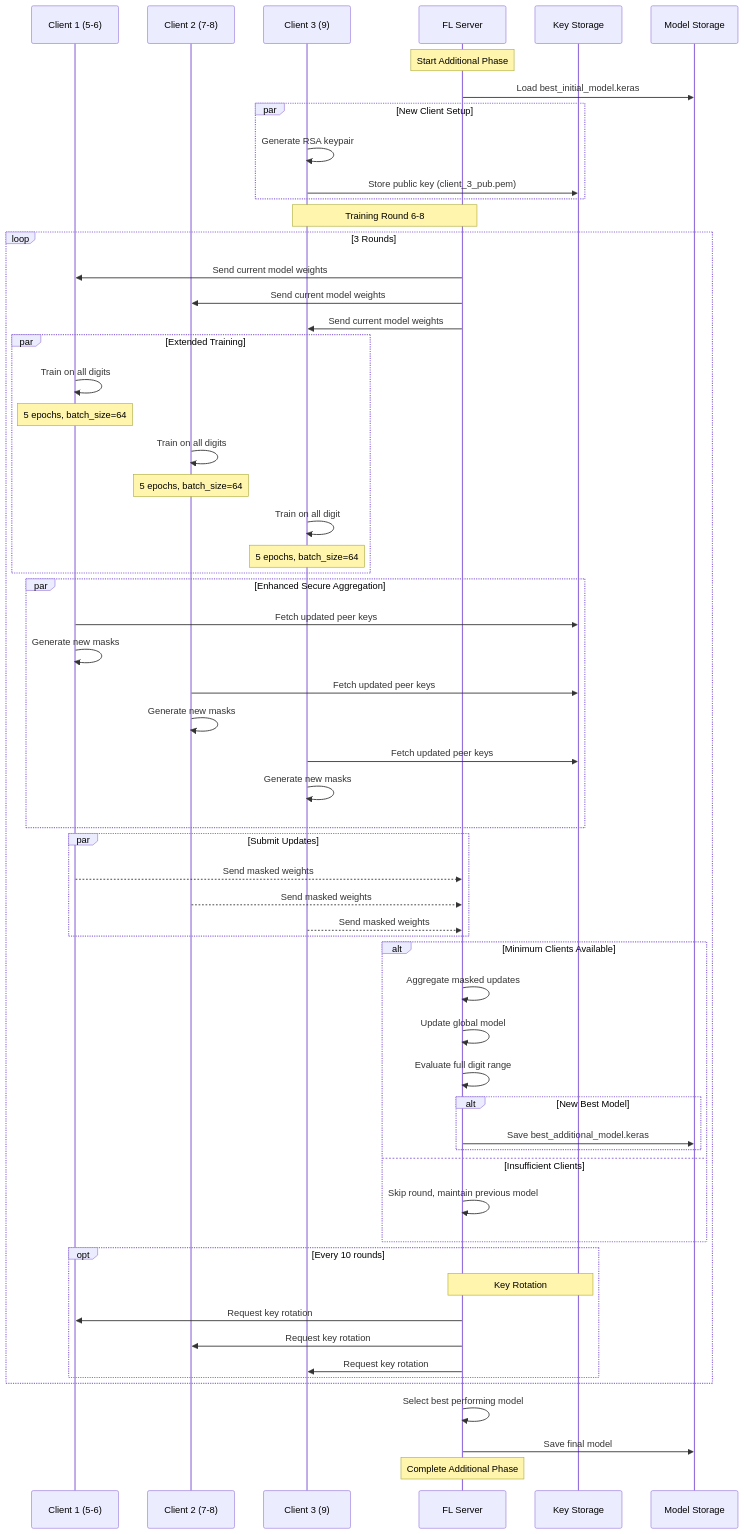
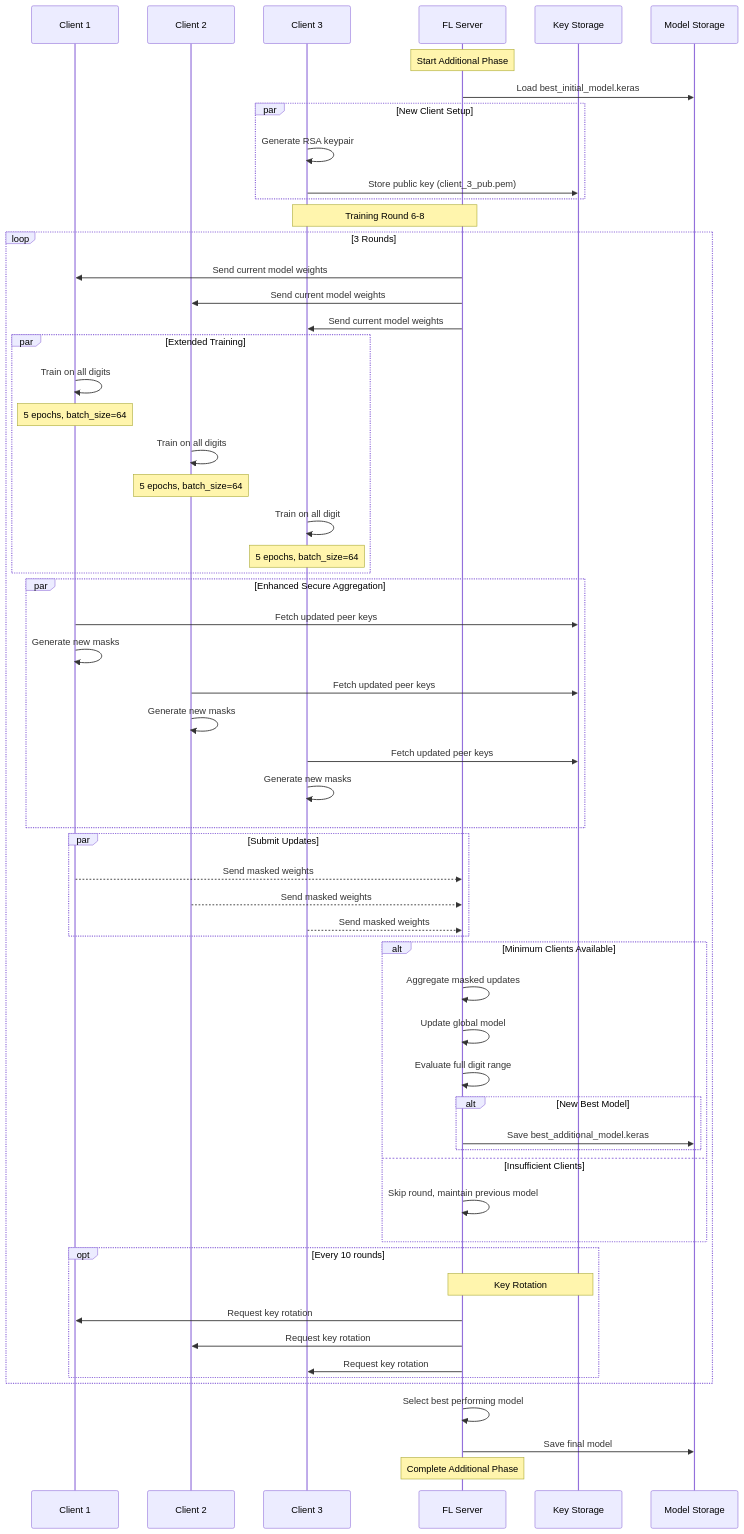
Before and after one commit to tranlybuu/Federated-Learning: the diagram in ADDITIONAL_PHASE.md, drawn with Mermaid.

````diff
--- a/ADDITIONAL_PHASE.md
+++ b/ADDITIONAL_PHASE.md
@@ -1,70 +1,70 @@
 ```mermaid
 sequenceDiagram
-    participant C1 as Client 1 (5-6)
-    participant C2 as Client 2 (7-8)
-    participant C3 as Client 3 (9)
+    participant C1 as Client 1
+    participant C2 as Client 2
+    participant C3 as Client 3
     participant S as FL Server
     participant KS as Key Storage
     participant MS as Model Storage
 
     Note over S: Start Additional Phase
     S->>MS: Load best_initial_model.keras
     
     par New Client Setup
         C3->>C3: Generate RSA keypair
         C3->>KS: Store public key (client_3_pub.pem)
     end
 
     Note over S,C3: Training Round 6-8
     loop 3 Rounds
         S->>C1: Send current model weights
         S->>C2: Send current model weights
         S->>C3: Send current model weights
         
         par Extended Training
             C1->>C1: Train on all digits
             Note over C1: 5 epochs, batch_size=64
             C2->>C2: Train on all digits
             Note over C2: 5 epochs, batch_size=64
             C3->>C3: Train on all digit
             Note over C3: 5 epochs, batch_size=64
         end
 
         par Enhanced Secure Aggregation
             C1->>KS: Fetch updated peer keys
             C1->>C1: Generate new masks
             C2->>KS: Fetch updated peer keys
             C2->>C2: Generate new masks
             C3->>KS: Fetch updated peer keys
             C3->>C3: Generate new masks
         end
 
         par Submit Updates
             C1-->>S: Send masked weights
             C2-->>S: Send masked weights
             C3-->>S: Send masked weights
         end
 
         alt Minimum Clients Available
             S->>S: Aggregate masked updates
             S->>S: Update global model
             S->>S: Evaluate full digit range
             alt New Best Model
                 S->>MS: Save best_additional_model.keras
             end
         else Insufficient Clients
             S->>S: Skip round, maintain previous model
         end
 
         opt Every 10 rounds
             Note over S,KS: Key Rotation
             S->>C1: Request key rotation
             S->>C2: Request key rotation
             S->>C3: Request key rotation
         end
     end
 
     S->>S: Select best performing model
     S->>MS: Save final model
     Note over S: Complete Additional Phase
 ```
````
